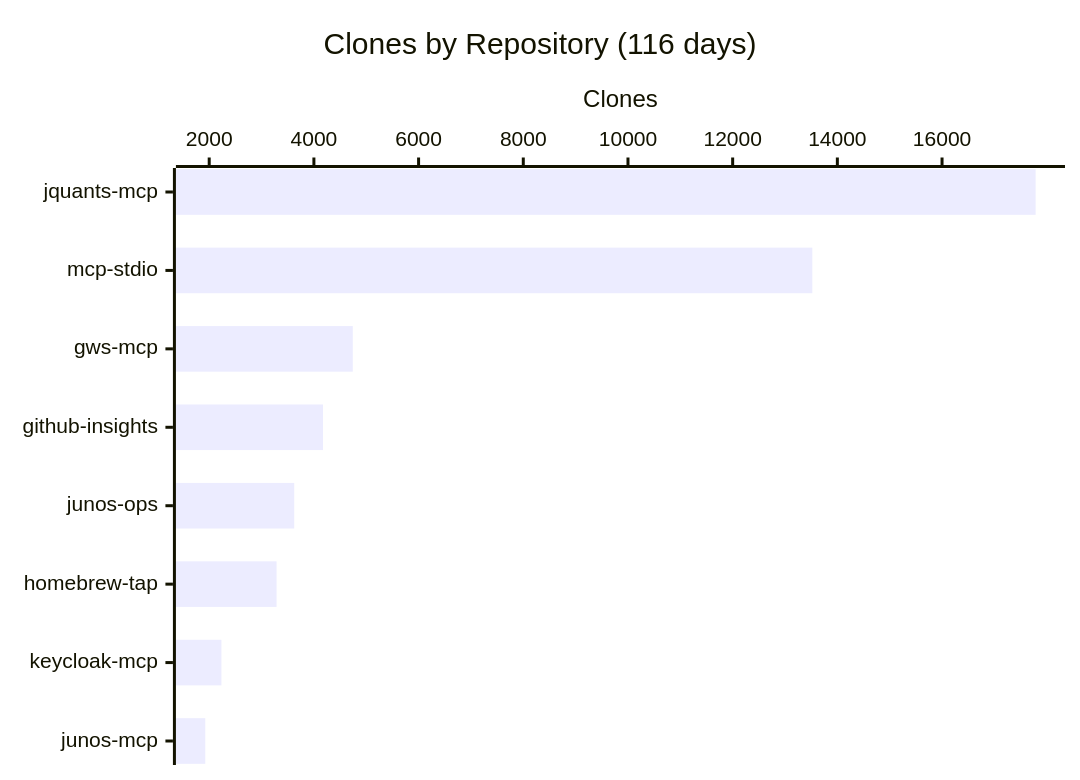
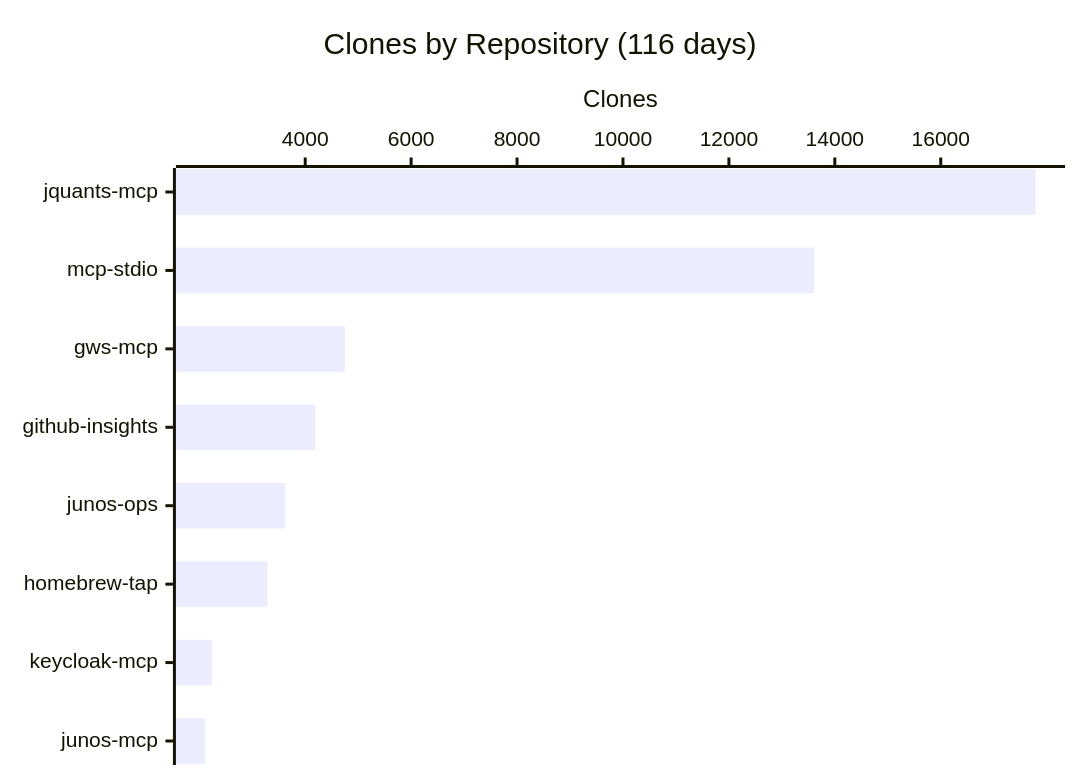
One commit to shigechika/github-insights changed the fourth of 4 diagrams in README.md. Above: the diagram before and after it, drawn with Mermaid. The commit also changed other lines of this file and 2 other files, not shown here.

````diff
--- a/README.md
+++ b/README.md
@@ -58,7 +58,7 @@
 ```mermaid
 xychart-beta horizontal
     title "Clones by Repository (116 days)"
     x-axis ["jquants-mcp", "mcp-stdio", "gws-mcp", "github-insights", "junos-ops", "homebrew-tap", "keycloak-mcp", "junos-mcp"]
     y-axis "Clones"
-    bar [17788, 13522, 4743, 4174, 3624, 3287, 2233, 1925]
+    bar [17792, 13614, 4747, 4191, 3624, 3288, 2236, 2113]
 ```
````
